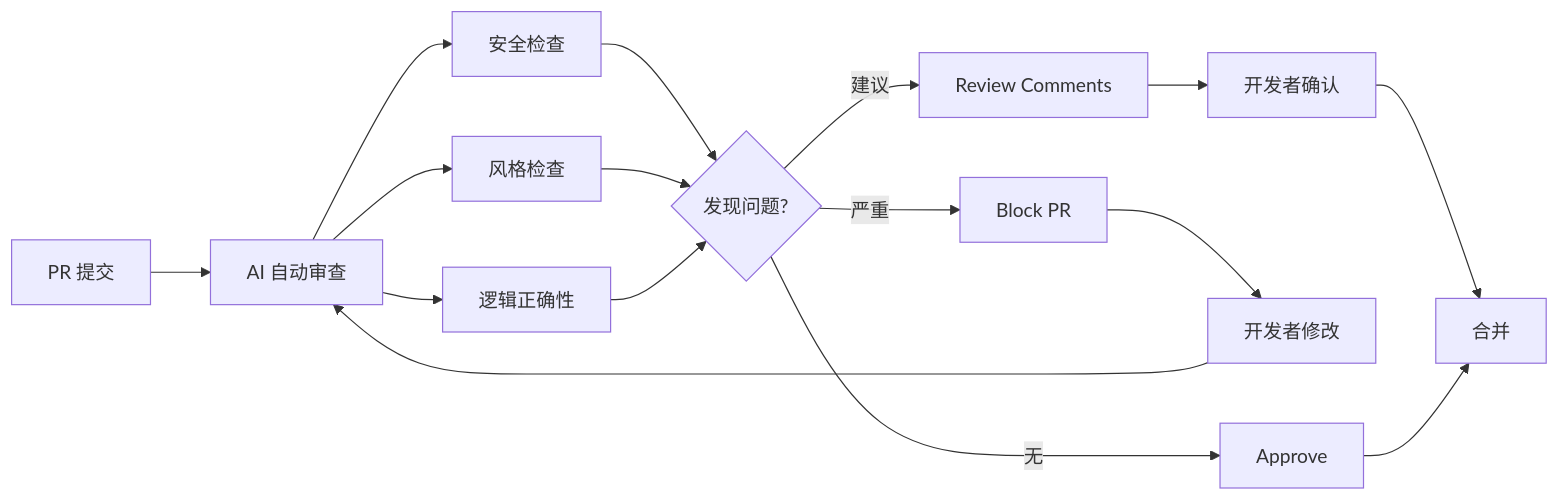
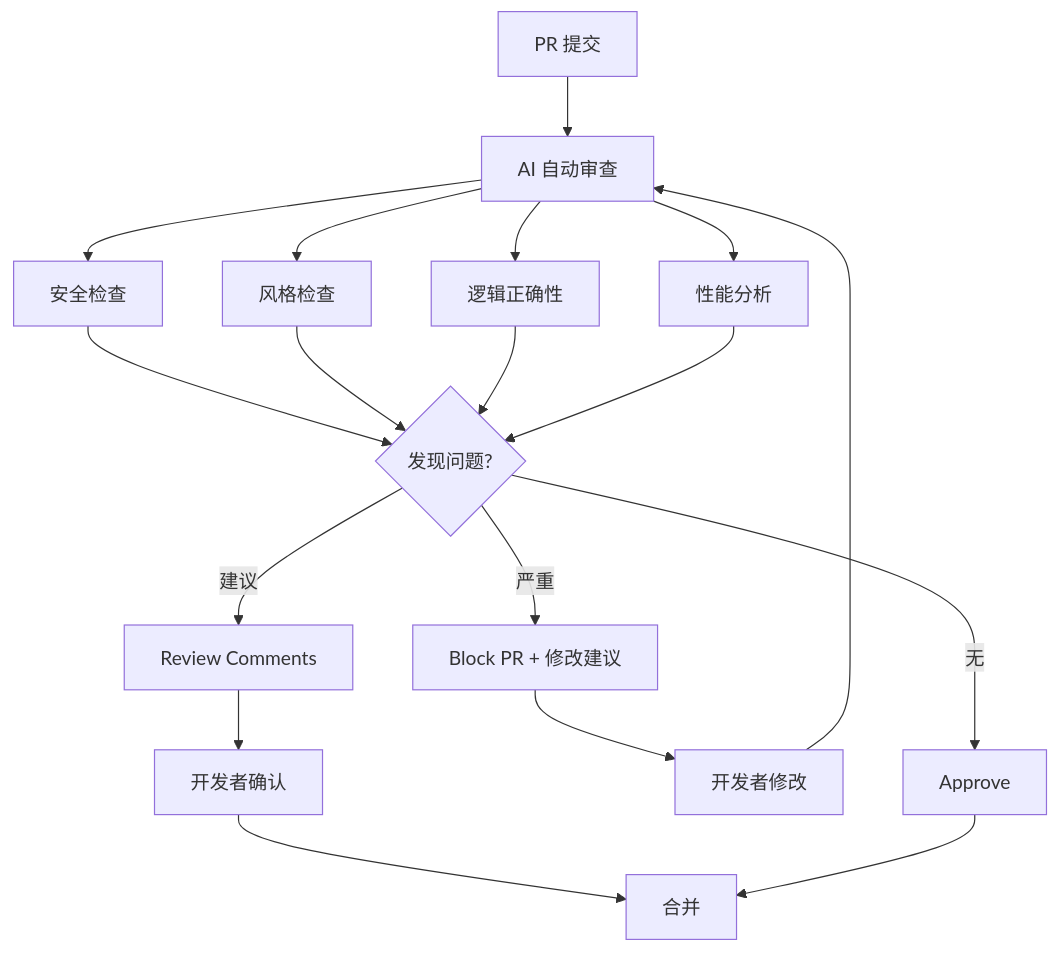
Before and after one commit to kane201x/ai-: the second of 2 diagrams in ai技术栈/09-行业应用/03-AI编程.md, drawn with Mermaid. The commit also changed other lines of this file and 1 other file, not shown here.

````diff
--- a/ai技术栈/09-行业应用/03-AI编程.md
+++ b/ai技术栈/09-行业应用/03-AI编程.md
@@ -266,18 +95,20 @@
 ```mermaid
-graph LR
+graph TD
     A[PR 提交] --> B[AI 自动审查]
     B --> C[安全检查]
     B --> D[风格检查]
     B --> E[逻辑正确性]
-    C --> F{发现问题?}
-    D --> F
-    E --> F
-    F -->|严重| G[Block PR]
-    F -->|建议| H[Review Comments]
-    F -->|无| I[Approve]
-    G --> J[开发者修改]
-    J --> B
-    H --> K[开发者确认]
-    K --> L[合并]
-    I --> L
+    B --> F[性能分析]
+    C --> G{发现问题?}
+    D --> G
+    E --> G
+    F --> G
+    G -->|严重| H[Block PR + 修改建议]
+    G -->|建议| I[Review Comments]
+    G -->|无| J[Approve]
+    H --> K[开发者修改]
+    K --> B
+    I --> L[开发者确认]
+    L --> M[合并]
+    J --> M
 ```
````
